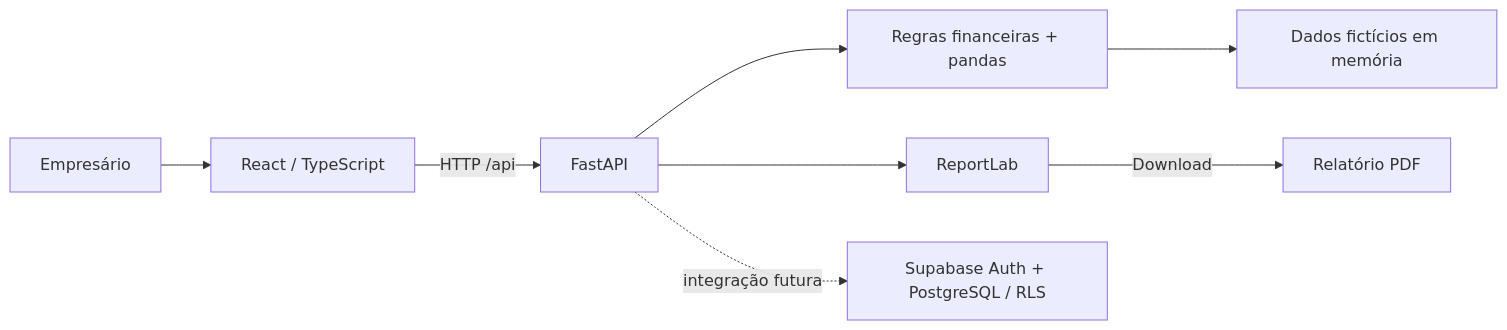
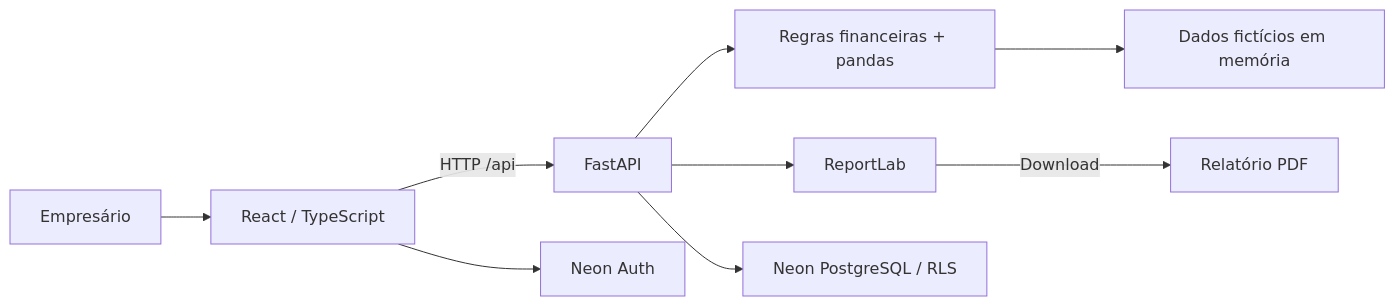
One commit to Matheus-27mm/data_expert changed the diagram in README.md. Above: the diagram before and after it, drawn with Mermaid. The commit also changed other lines of this file and 43 other files, not shown here.

````diff
--- a/README.md
+++ b/README.md
@@ -90,10 +95,11 @@
 ```mermaid
 flowchart LR
     U[Empresário] --> R[React / TypeScript]
     R -->|HTTP /api| A[FastAPI]
     A --> F[Regras financeiras + pandas]
     F --> D[Dados fictícios em memória]
     A --> P[ReportLab]
     P -->|Download| PDF[Relatório PDF]
-    A -. integração futura .-> S[Supabase Auth + PostgreSQL / RLS]
+    R --> N[Neon Auth]
+    A --> S[Neon PostgreSQL / RLS]
 ```
````
